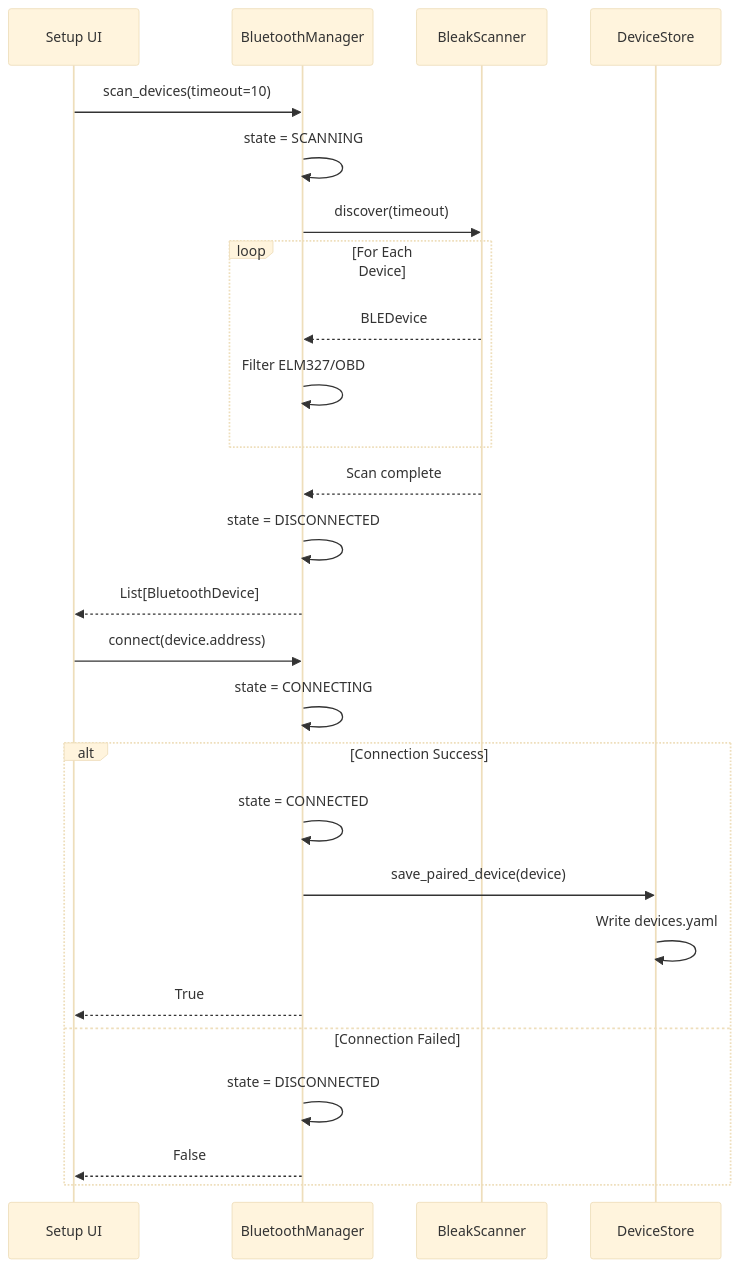
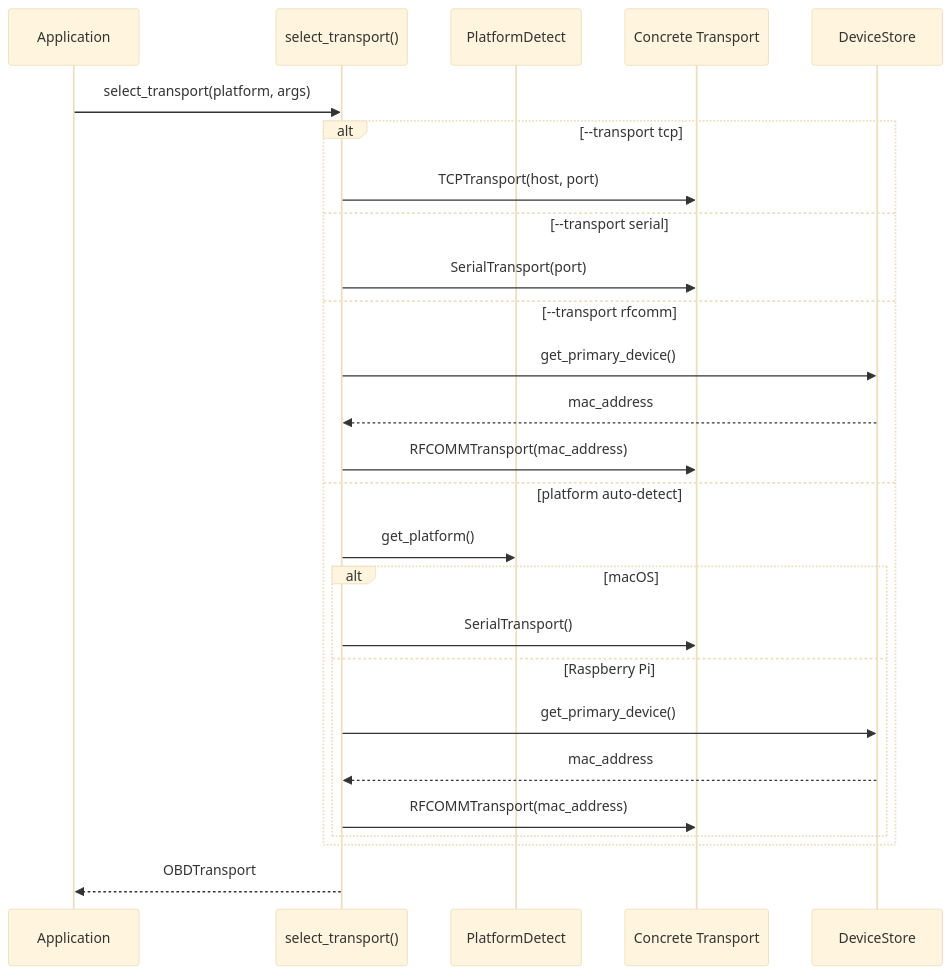
The fourth of 4 diagrams in workspace/design/design-7d3e9f5a-domain_comm.md (William12556/GTach), drawn with Mermaid (base theme) before and after one commit. The commit also changed other lines of this file and 36 other files, not shown here.

````diff
--- a/workspace/design/design-7d3e9f5a-domain_comm.md
+++ b/workspace/design/design-7d3e9f5a-domain_comm.md
@@ -629,33 +710,31 @@
 ```mermaid
 sequenceDiagram
-    participant UI as Setup UI
-    participant BM as BluetoothManager
-    participant BS as BleakScanner
+    participant App as Application
+    participant ST as select_transport()
+    participant PD as PlatformDetect
+    participant TR as Concrete Transport
     participant DS as DeviceStore
-    
-    UI->>BM: scan_devices(timeout=10)
-    BM->>BM: state = SCANNING
-    BM->>BS: discover(timeout)
-    
-    loop For Each Device
-        BS-->>BM: BLEDevice
-        BM->>BM: Filter ELM327/OBD
+
+    App->>ST: select_transport(platform, args)
+
+    alt --transport tcp
+        ST->>TR: TCPTransport(host, port)
+    else --transport serial
+        ST->>TR: SerialTransport(port)
+    else --transport rfcomm
+        ST->>DS: get_primary_device()
+        DS-->>ST: mac_address
+        ST->>TR: RFCOMMTransport(mac_address)
+    else platform auto-detect
+        ST->>PD: get_platform()
+        alt macOS
+            ST->>TR: SerialTransport()
+        else Raspberry Pi
+            ST->>DS: get_primary_device()
+            DS-->>ST: mac_address
+            ST->>TR: RFCOMMTransport(mac_address)
+        end
     end
-    
-    BS-->>BM: Scan complete
-    BM->>BM: state = DISCONNECTED
-    BM-->>UI: List[BluetoothDevice]
-    
-    UI->>BM: connect(device.address)
-    BM->>BM: state = CONNECTING
-    
-    alt Connection Success
-        BM->>BM: state = CONNECTED
-        BM->>DS: save_paired_device(device)
-        DS->>DS: Write devices.yaml
-        BM-->>UI: True
-    else Connection Failed
-        BM->>BM: state = DISCONNECTED
-        BM-->>UI: False
-    end
+
+    ST-->>App: OBDTransport
 ```
````
